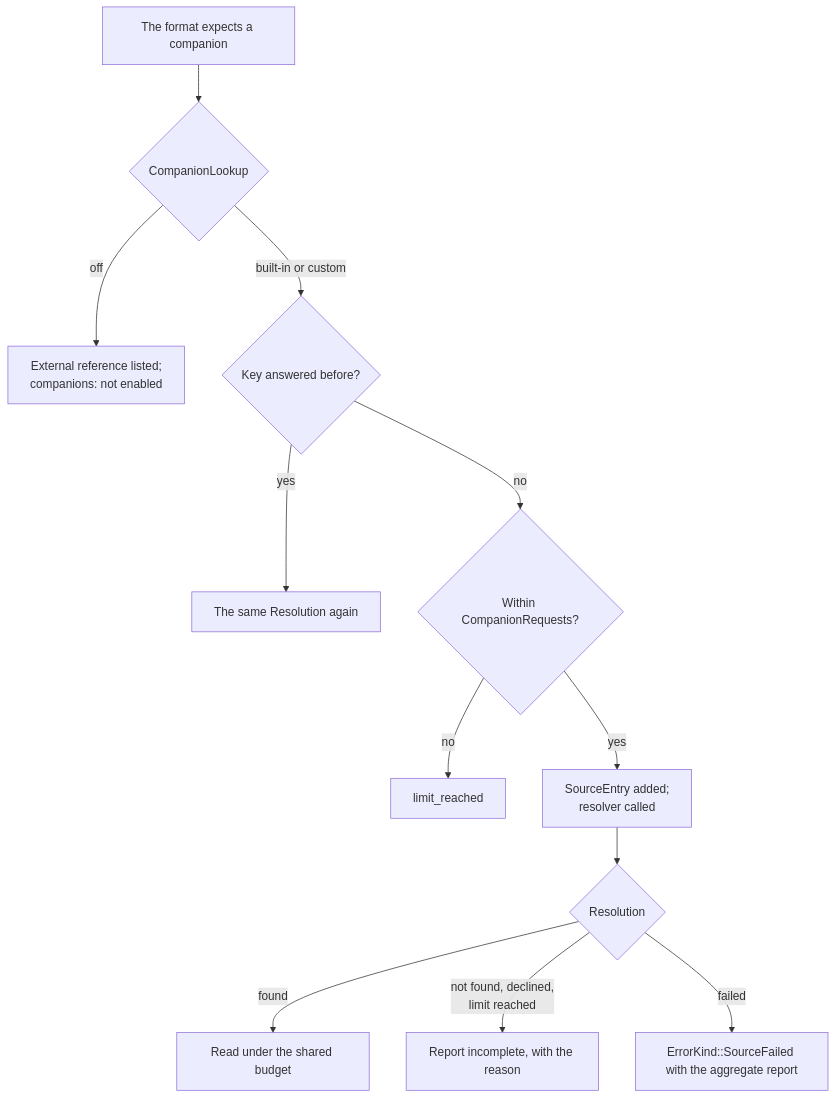
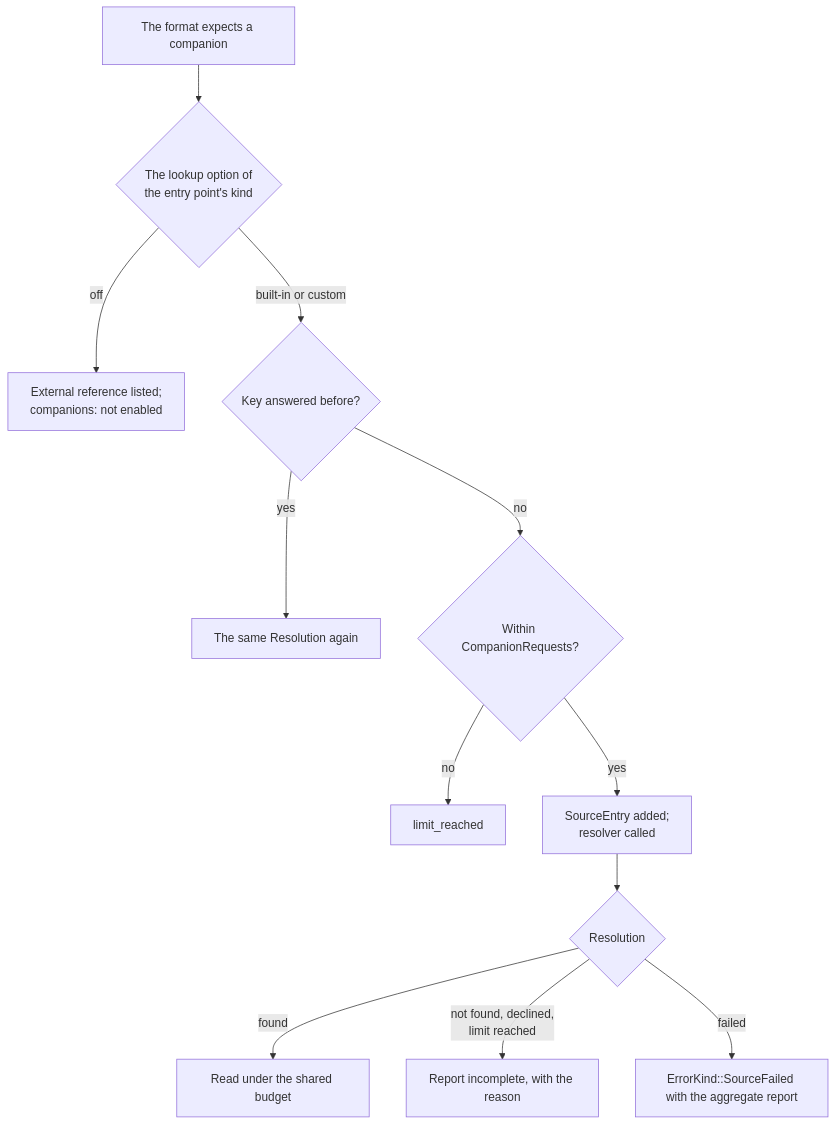
One commit to caoccao/cc-media-probe changed the second of 2 diagrams in docs/design/api.md. Above: the diagram before and after it, drawn with Mermaid. The commit also changed other lines of this file and 18 other files, not shown here.

````diff
--- a/docs/design/api.md
+++ b/docs/design/api.md
@@ -875,14 +913,14 @@
 ```mermaid
 flowchart TD
-  X["The format expects a companion"] --> EN{"CompanionLookup"}
+  X["The format expects a companion"] --> EN{"The lookup option of<br/>the entry point's kind"}
   EN -->|off| NE["External reference listed;<br/>companions: not enabled"]
   EN -->|"built-in or custom"| K{"Key answered before?"}
   K -->|yes| SAME["The same Resolution again"]
   K -->|no| LIM{"Within CompanionRequests?"}
   LIM -->|no| LR["limit_reached"]
   LIM -->|yes| REQ["SourceEntry added;<br/>resolver called"]
   REQ --> RES{"Resolution"}
   RES -->|found| READ["Read under the shared budget"]
   RES -->|"not found, declined,<br/>limit reached"| INC["Report incomplete, with the reason"]
   RES -->|failed| ERR["ErrorKind::SourceFailed with the aggregate report"]
 ```
````
